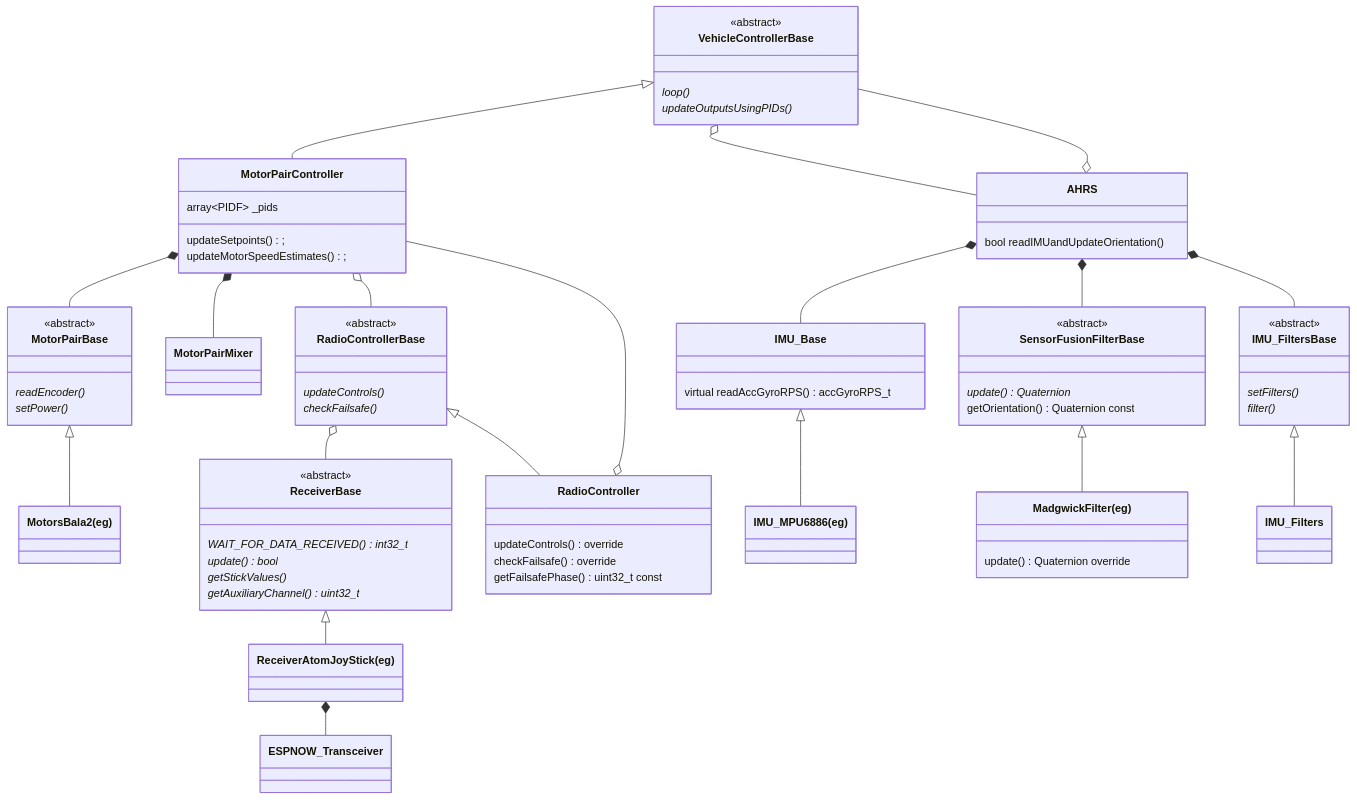
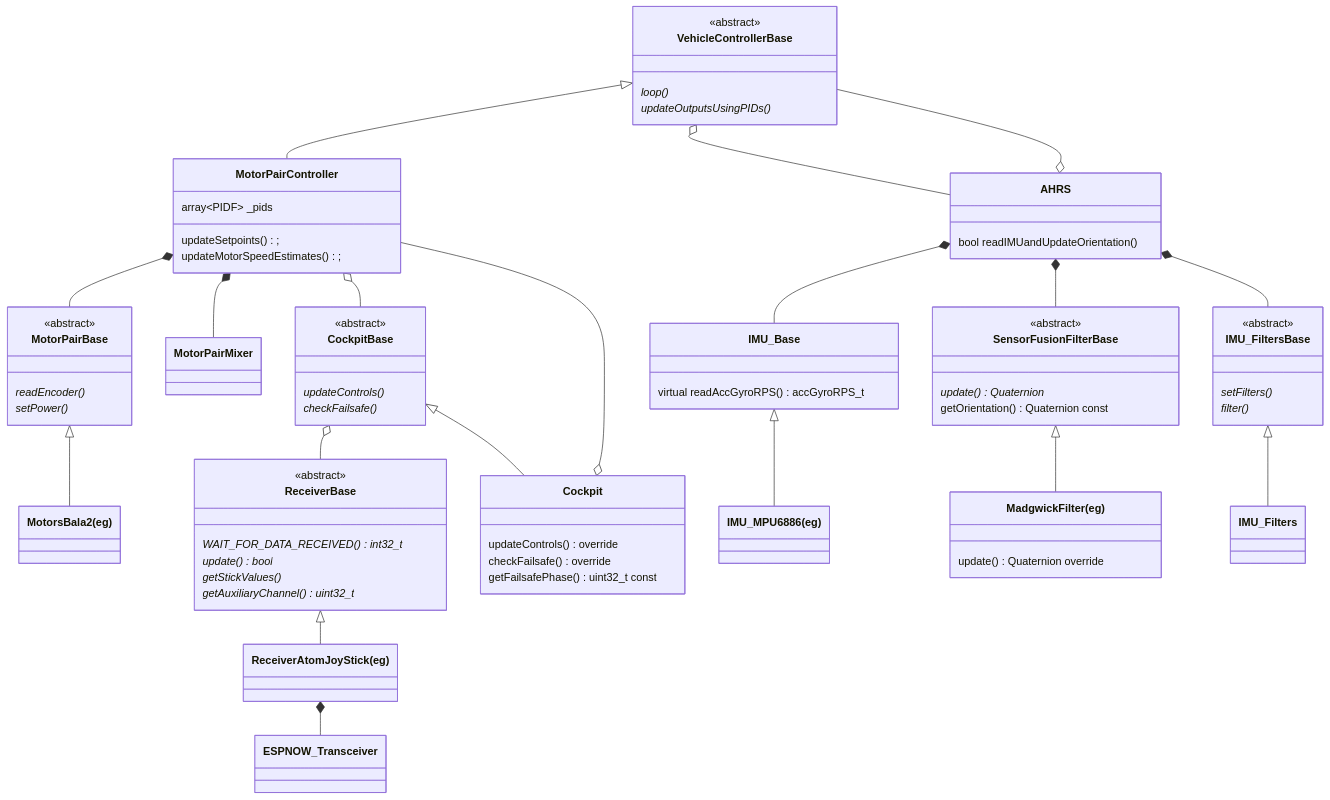
Before and after one commit to martinbudden/SelfBalancingRobot: the first of 2 diagrams in README.md, drawn with Mermaid. The commit also changed other lines of this file and 19 other files, not shown here.

Commit message:
Updated to latest libraries: float offsets and renamed RadioController to Cockpit.

```diff
--- a/README.md
+++ b/README.md
@@ -107,7 +107,7 @@
     link MotorPairBase "https://github.com/martinbudden/SelfBalancingRobot/blob/main/lib/SelfBalancingRobot/src/MotorPairBase.h"
     MotorPairController *-- MotorPairBase
     MotorPairController *-- MotorPairMixer
-    MotorPairController o-- RadioControllerBase
+    MotorPairController o-- CockpitBase
 
     MotorPairBase <|-- MotorsBala2
     class MotorsBala2["MotorsBala2(eg)"]
@@ -132,22 +132,22 @@
     }
     link ReceiverBase "https://github.com/martinbudden/Library-Receiver/blob/main/src/ReceiverBase.h"
 
-    class RadioControllerBase {
+    class CockpitBase {
         <<abstract>>
         updateControls() *
         checkFailsafe() *
     }
-    link RadioControllerBase "https://github.com/martinbudden/Library-Receiver/blob/main/src/RadioControllerBase.h"
+    link CockpitBase "https://github.com/martinbudden/Library-Receiver/blob/main/src/CockpitBase.h"
 
-    RadioController o-- MotorPairController
-    RadioControllerBase o--ReceiverBase
-    RadioControllerBase <|-- RadioController
-    class RadioController {
+    Cockpit o-- MotorPairController
+    CockpitBase o--ReceiverBase
+    CockpitBase <|-- Cockpit
+    class Cockpit {
         updateControls() override
         checkFailsafe() override
         getFailsafePhase() uint32_t const
     }
-    link RadioController "https://github.com/martinbudden/SelfBalancingRobot/blob/main/lib/SelfBalancingRobot/src/RadioController.h"
+    link Cockpit "https://github.com/martinbudden/SelfBalancingRobot/blob/main/lib/SelfBalancingRobot/src/Cockpit.h"
 
     IMU_Base <|-- IMU_MPU6886
     class IMU_MPU6886["IMU_MPU6886(eg)"]
```
